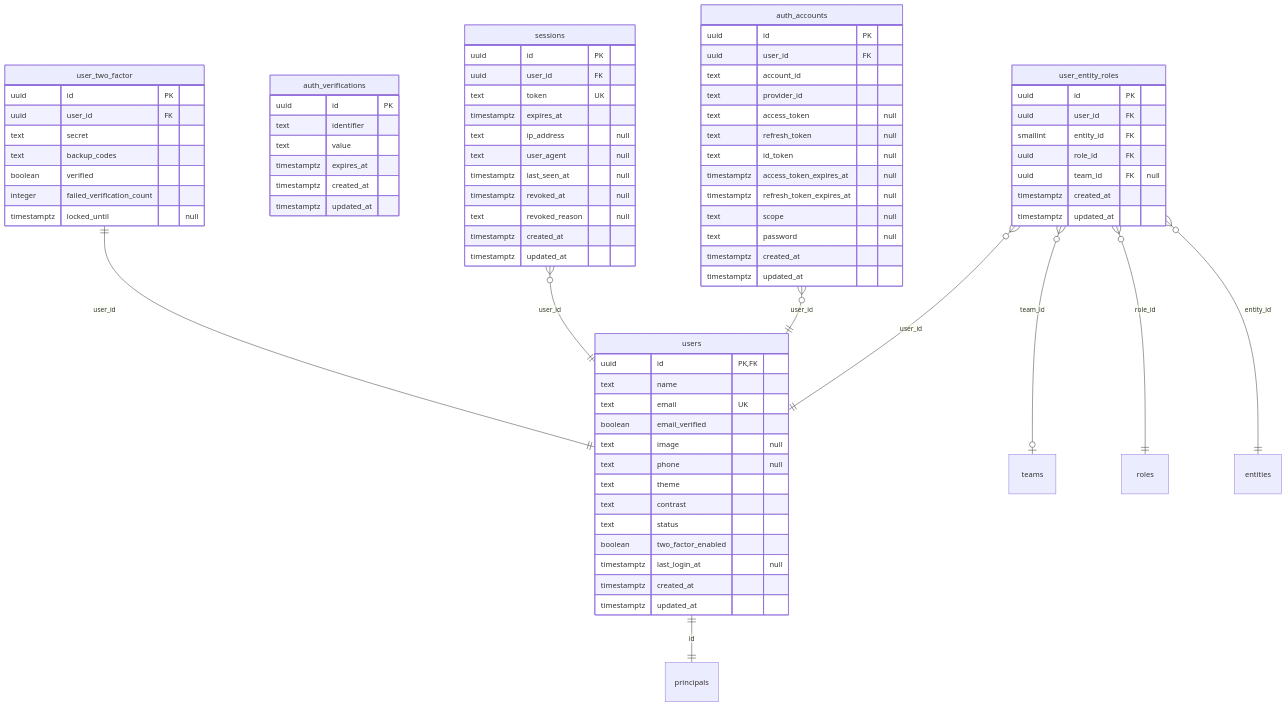
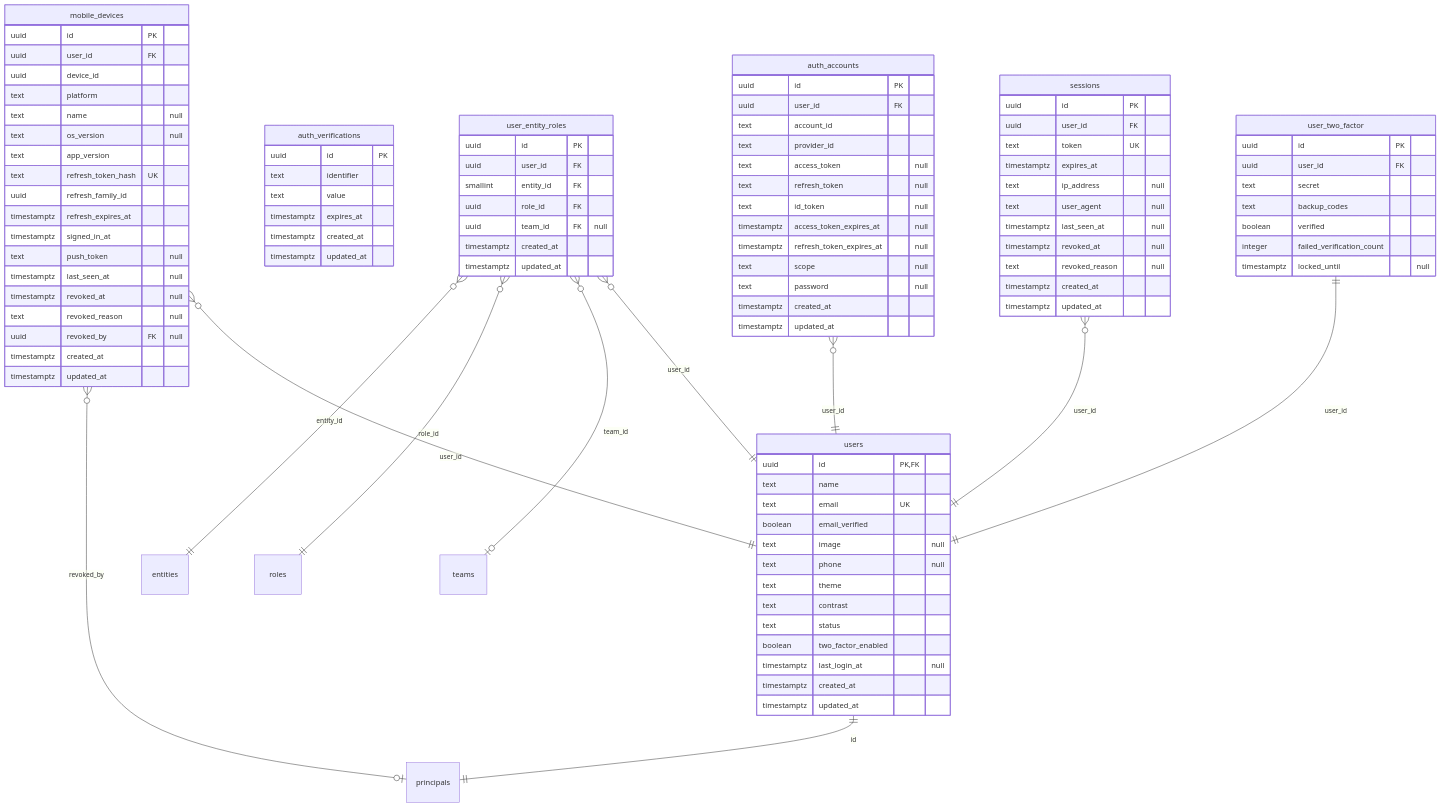
Before and after one commit to techaust/shakti_prime: the second of 16 diagrams in docs/data/erd.md, drawn with Mermaid. The commit also changed other lines of this file and 20 other files, not shown here.

First line of the commit message:
feat(field): mobile sign-in, refresh rotation and revocation, /me, the version gate and the idempotency front

```diff
--- a/docs/data/erd.md
+++ b/docs/data/erd.md
@@ -123,6 +123,26 @@
     text identifier
     text value
     timestamptz expires_at
+    timestamptz created_at
+    timestamptz updated_at
+  }
+  mobile_devices {
+    uuid id PK
+    uuid user_id FK
+    uuid device_id
+    text platform
+    text name "null"
+    text os_version "null"
+    text app_version
+    text refresh_token_hash UK
+    uuid refresh_family_id
+    timestamptz refresh_expires_at
+    timestamptz signed_in_at
+    text push_token "null"
+    timestamptz last_seen_at "null"
+    timestamptz revoked_at "null"
+    text revoked_reason "null"
+    uuid revoked_by FK "null"
     timestamptz created_at
     timestamptz updated_at
   }
@@ -173,6 +193,8 @@
     timestamptz updated_at
   }
   auth_accounts }o--|| users : "user_id"
+  mobile_devices }o--o| principals : "revoked_by"
+  mobile_devices }o--|| users : "user_id"
   sessions }o--|| users : "user_id"
   user_entity_roles }o--|| entities : "entity_id"
   user_entity_roles }o--|| roles : "role_id"
```
